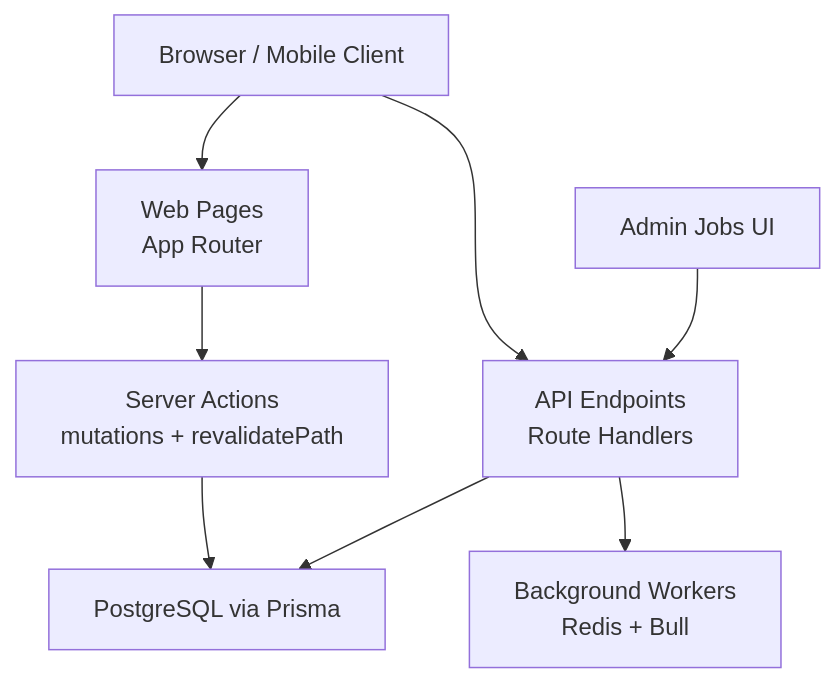
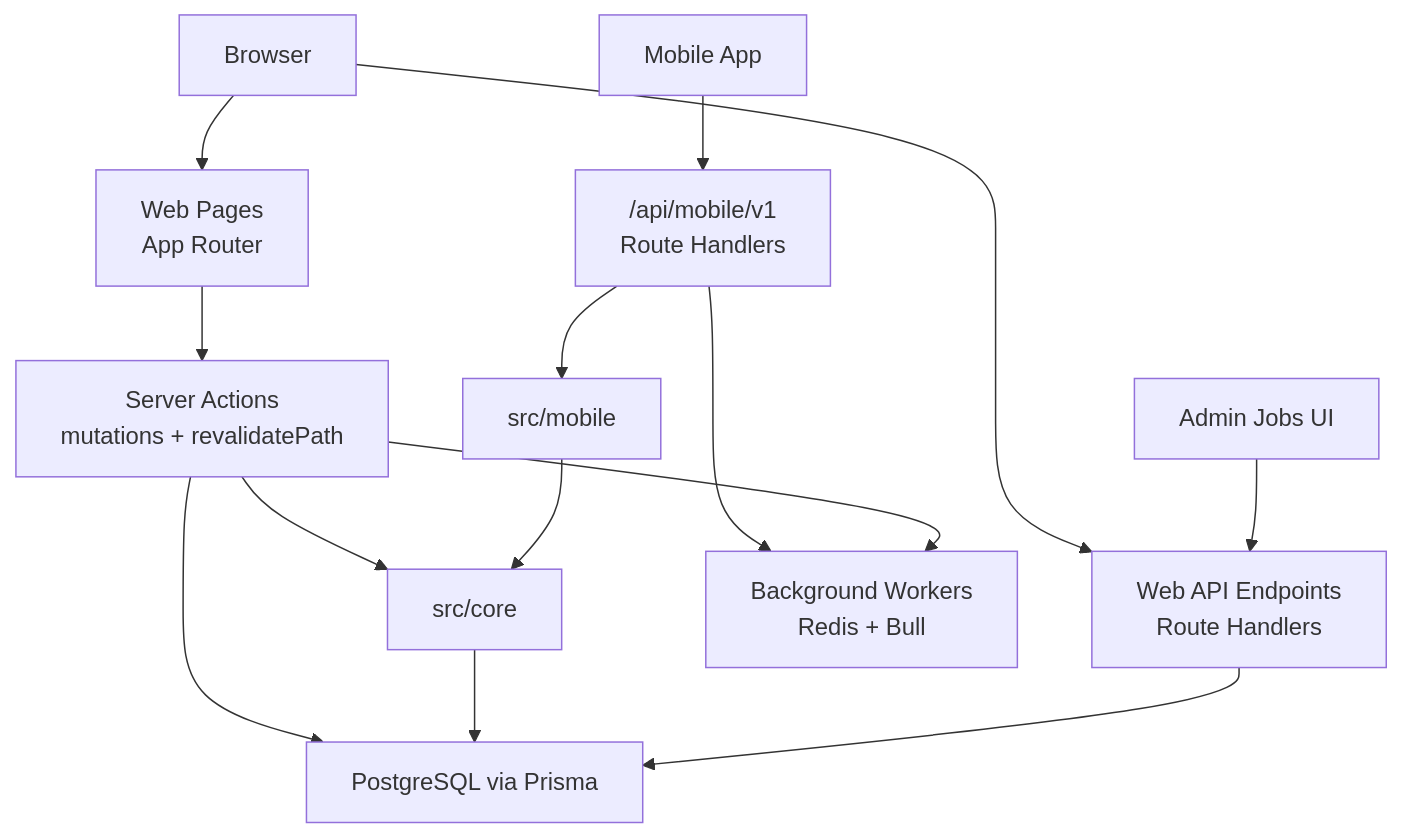
The second of 6 diagrams in .qoder/repowiki/en/content/Architecture Overview/App Pages and Routes.md (Dezzpil/meingym), drawn with Mermaid before and after one commit. The commit also changed other lines of this file and 12 other files, not shown here.

````diff
--- a/.qoder/repowiki/en/content/Architecture Overview/App Pages and Routes.md
+++ b/.qoder/repowiki/en/content/Architecture Overview/App Pages and Routes.md
@@ -95,10 +122,16 @@
 ```mermaid
 graph TB
-Client["Browser / Mobile Client"] --> WebPages["Web Pages<br/>App Router"]
-Client --> APIs["API Endpoints<br/>Route Handlers"]
+Client["Browser"] --> WebPages["Web Pages<br/>App Router"]
+MobileClient["Mobile App"] --> MobileAPIs["/api/mobile/v1<br/>Route Handlers"]
+Client --> APIs["Web API Endpoints<br/>Route Handlers"]
 WebPages --> ServerActions["Server Actions<br/>mutations + revalidatePath"]
+ServerActions --> Core["src/core"]
+MobileAPIs --> MobileSvc["src/mobile"]
+MobileSvc --> Core
 ServerActions --> DB["PostgreSQL via Prisma"]
+Core --> DB
 APIs --> DB
-APIs --> Workers["Background Workers<br/>Redis + Bull"]
+MobileAPIs --> Workers["Background Workers<br/>Redis + Bull"]
+ServerActions --> Workers
 AdminUI["Admin Jobs UI"] --> APIs
 ```
````
